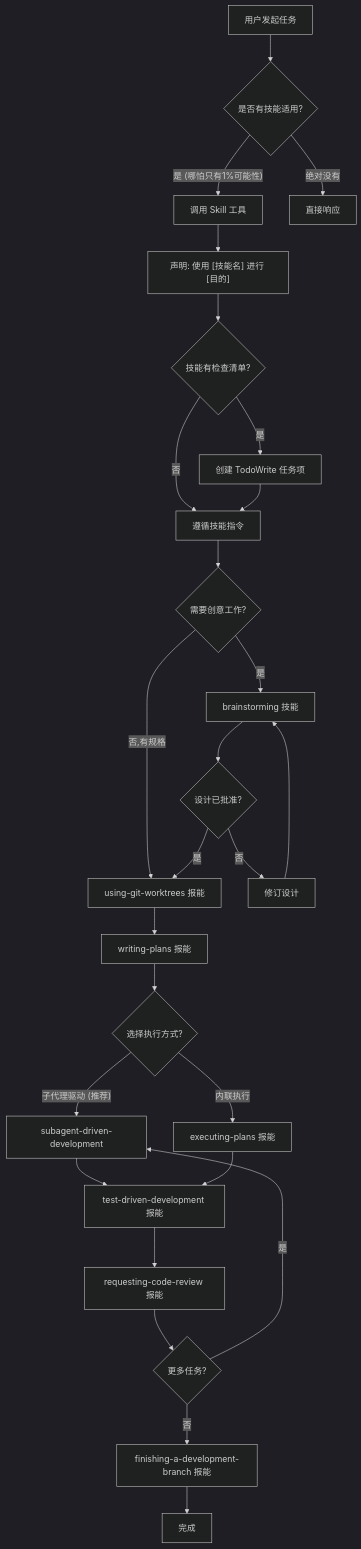
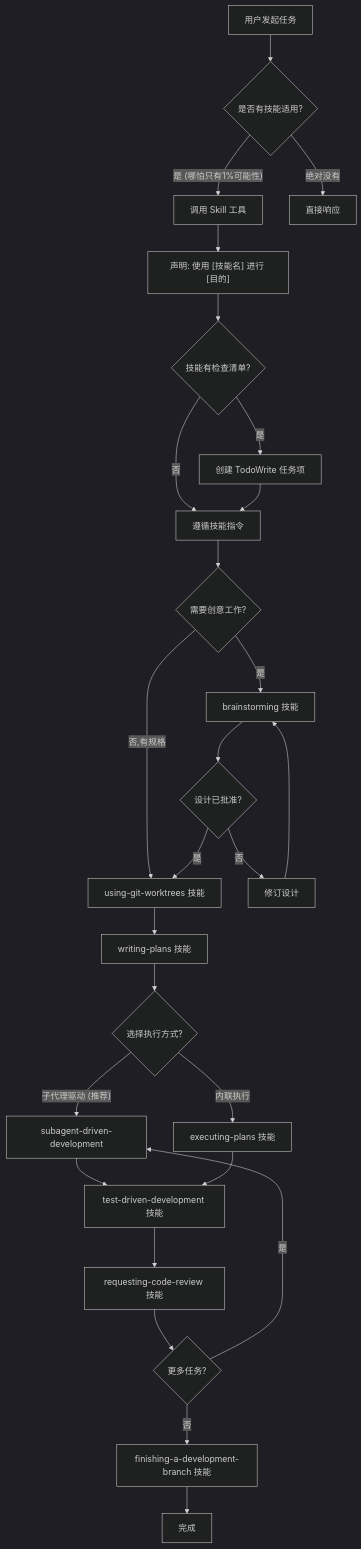
One commit to Jiraiya8/superpowers changed the second of 20 diagrams in docs/superpowers-flowcharts.md. Above: the diagram before and after it, drawn with Mermaid (dark theme). The commit also changed other lines of this file and 1 other file, not shown here.

````diff
--- a/docs/superpowers-flowcharts.md
+++ b/docs/superpowers-flowcharts.md
@@ -64,42 +64,42 @@
 ```mermaid
 graph TB
     Start["用户发起任务"] --> SkillCheck{"是否有技能适用?"}
     
     SkillCheck -->|"是 (哪怕只有1%可能性)"| InvokeSkill["调用 Skill 工具"]
     SkillCheck -->|"绝对没有"| DirectResponse["直接响应"]
     
     InvokeSkill --> Announce["声明: 使用 [技能名] 进行 [目的]"]
     Announce --> HasChecklist{"技能有检查清单?"}
     
     HasChecklist -->|"是"| CreateTodo["创建 TodoWrite 任务项"]
     HasChecklist -->|"否"| FollowSkill["遵循技能指令"]
     
     CreateTodo --> FollowSkill
     
     FollowSkill --> Brainstorm{"需要创意工作?"}
     
     Brainstorm -->|"是"| BrainstormingSkill["brainstorming 技能"]
-    Brainstorm -->|"否,有规格"| GitWorktrees["using-git-worktrees 报能"]
+    Brainstorm -->|"否,有规格"| GitWorktrees["using-git-worktrees 技能"]
     
     BrainstormingSkill --> DesignApproved{"设计已批准?"}
     DesignApproved -->|"否"| ReviseDesign["修订设计"]
     ReviseDesign --> BrainstormingSkill
     
     DesignApproved -->|"是"| GitWorktrees
-    GitWorktrees --> WritingPlans["writing-plans 报能"]
+    GitWorktrees --> WritingPlans["writing-plans 技能"]
     
     WritingPlans --> ChooseExecution{"选择执行方式?"}
     ChooseExecution -->|"子代理驱动 (推荐)"| SubagentDriven["subagent-driven-development"]
-    ChooseExecution -->|"内联执行"| ExecutingPlans["executing-plans 报能"]
+    ChooseExecution -->|"内联执行"| ExecutingPlans["executing-plans 技能"]
     
-    SubagentDriven --> TDD["test-driven-development 报能"]
+    SubagentDriven --> TDD["test-driven-development 技能"]
     ExecutingPlans --> TDD
     
-    TDD --> RequestReview["requesting-code-review 报能"]
+    TDD --> RequestReview["requesting-code-review 技能"]
     RequestReview --> MoreTasks{"更多任务?"}
     
     MoreTasks -->|"是"| SubagentDriven
-    MoreTasks -->|"否"| FinishingBranch["finishing-a-development-branch 报能"]
+    MoreTasks -->|"否"| FinishingBranch["finishing-a-development-branch 技能"]
     
     FinishingBranch --> End["完成"]
 ```
````
